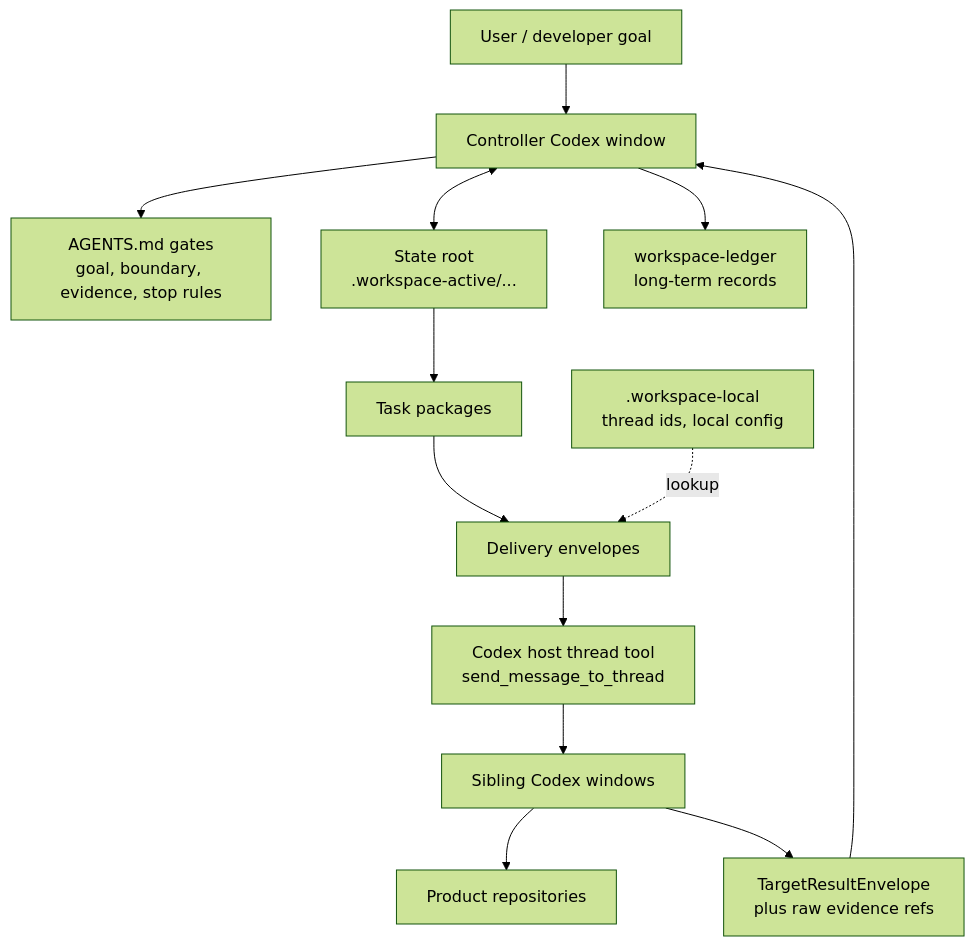
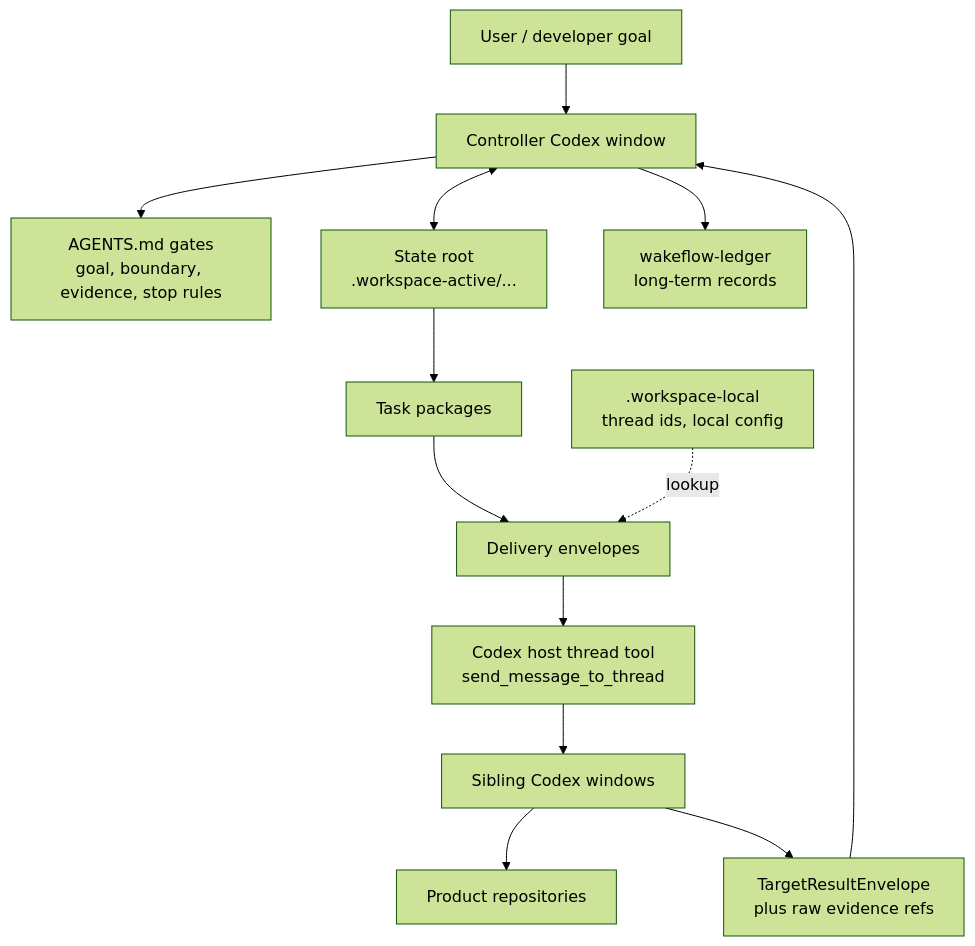
The diagram in README.md (GxFn/Wakeflow), drawn with Mermaid (forest theme) before and after one commit. The commit also changed other lines of this file and 22 other files, not shown here.

Commit message:
Rename Wakeflow ledger directory

````diff
--- a/README.md
+++ b/README.md
@@ -46,15 +46,15 @@
 ```mermaid
 flowchart TD
   User["User / developer goal"] --> Controller["Controller Codex window"]
   Controller --> Gates["AGENTS.md gates<br/>goal, boundary, evidence, stop rules"]
   Controller <--> StateRoot["State root<br/>.workspace-active/..."]
   StateRoot --> Packages["Task packages"]
   Packages --> Envelopes["Delivery envelopes"]
   Local[".workspace-local<br/>thread ids, local config"] -. "lookup" .-> Envelopes
   Envelopes --> Host["Codex host thread tool<br/>send_message_to_thread"]
   Host --> Targets["Sibling Codex windows"]
   Targets --> Repos["Product repositories"]
   Targets --> Results["TargetResultEnvelope<br/>plus raw evidence refs"]
   Results --> Controller
-  Controller --> Ledger["workspace-ledger<br/>long-term records"]
+  Controller --> Ledger["wakeflow-ledger<br/>long-term records"]
 ```
````
